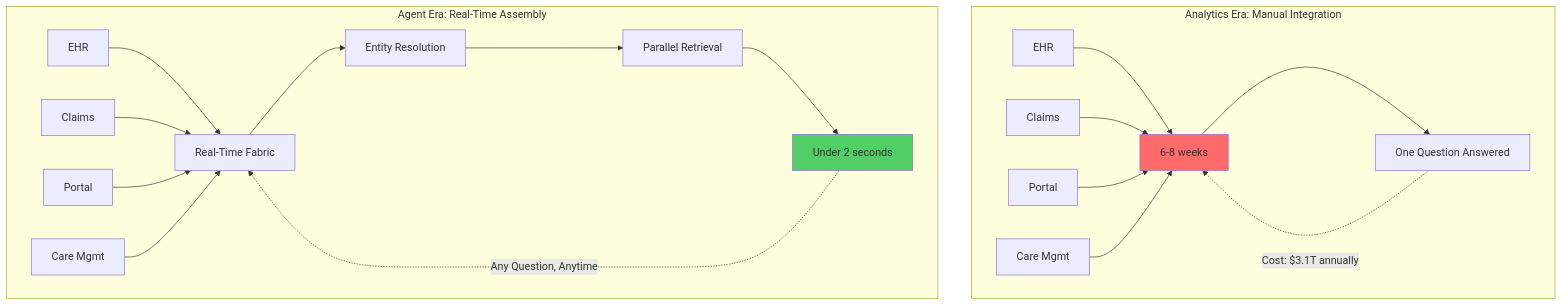
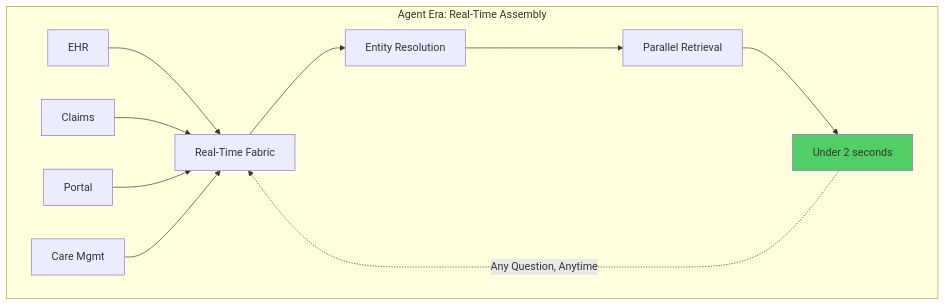
One commit to colaberry/enterprise-data-readiness-ai-agents changed the seventh of 10 diagrams in chapter-00/chapter_00_complete.md. Above: the diagram before and after it, drawn with Mermaid. The commit also changed 3 other files, not shown here.

First line of the commit message:
diagram 5 update

````diff
--- a/chapter-00/chapter_00_complete.md
+++ b/chapter-00/chapter_00_complete.md
@@ -379,25 +420,15 @@
 ```mermaid
 graph TB
-    subgraph "Analytics Era: Manual Integration"
-        A1[EHR] --> A2[6-8 weeks]
-        A3[Claims] --> A2
-        A4[Portal] --> A2
-        A5[Care Mgmt] --> A2
-        A2 --> A6[One Question Answered]
-        style A2 fill:#ff6b6b
-    end
-    
     subgraph "Agent Era: Real-Time Assembly"
         B1[EHR] --> B2[Real-Time Fabric]
         B3[Claims] --> B2
         B4[Portal] --> B2
         B5[Care Mgmt] --> B2
         B2 --> B6[Entity Resolution]
         B6 --> B7[Parallel Retrieval]
         B7 --> B8[Under 2 seconds]
         style B8 fill:#51cf66
     end
     
-    A6 -.->|Cost: $3.1T annually| A2
     B8 -.->|Any Question, Anytime| B2
 ```
````
